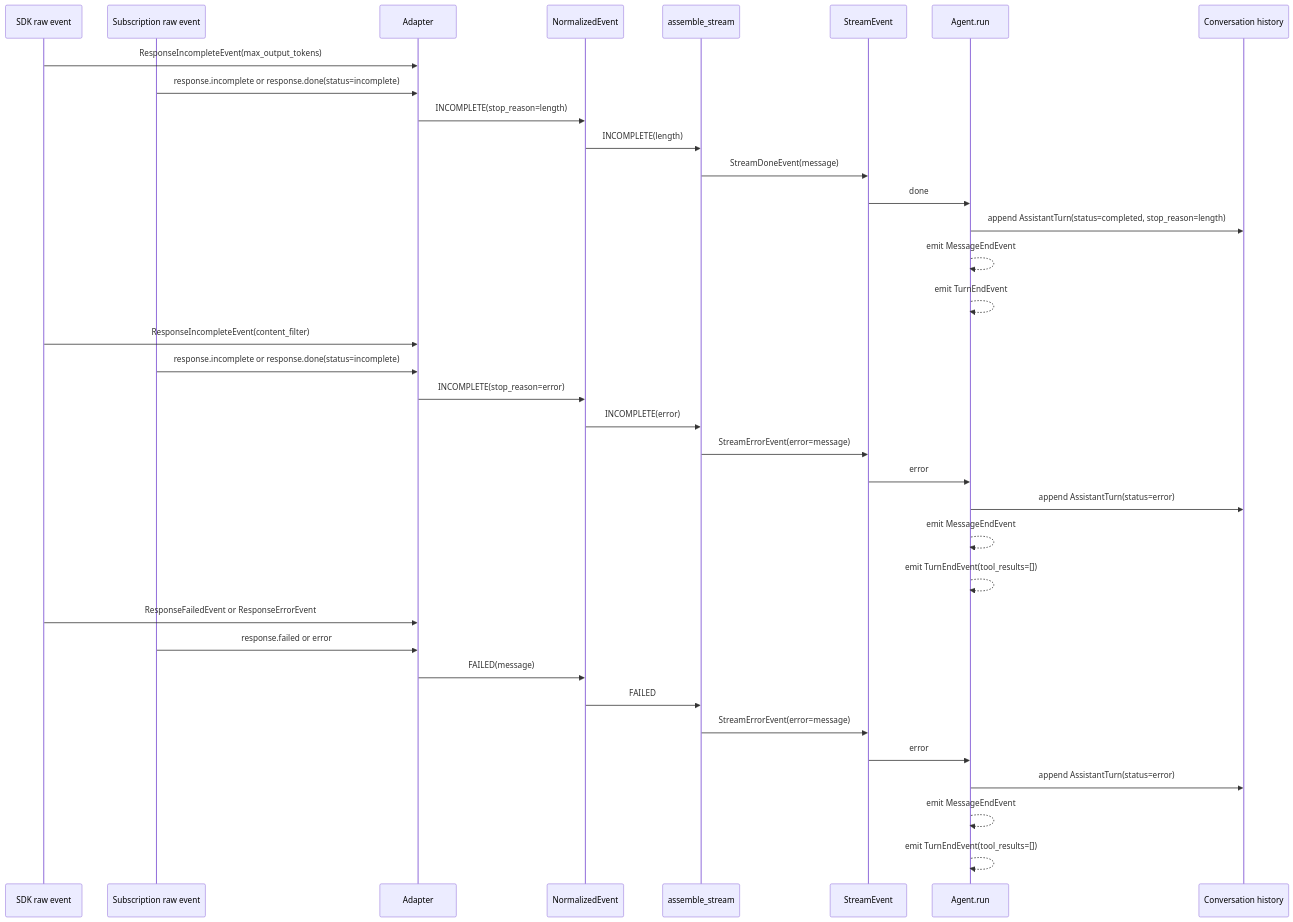
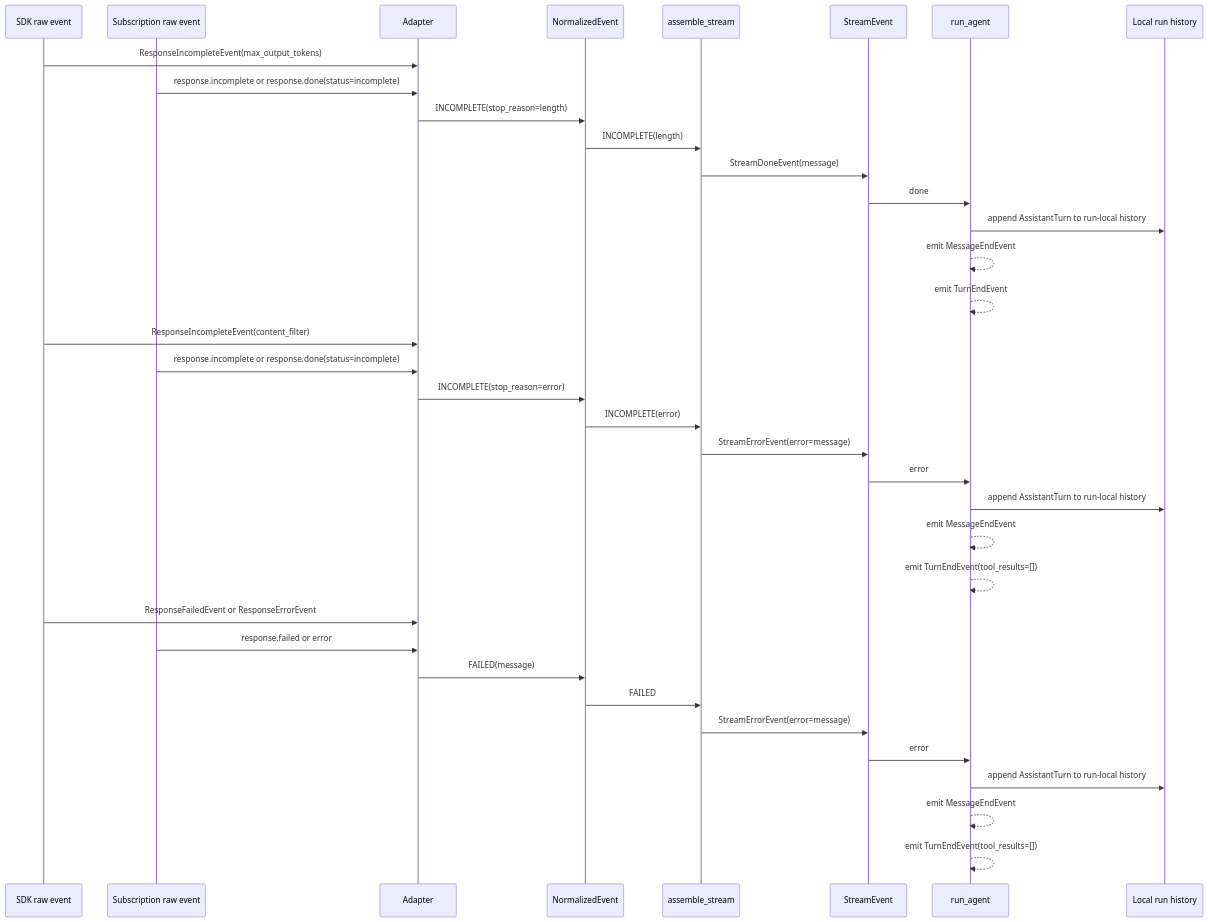
Before and after one commit to muneebshahid/tile: the eighth of 8 diagrams in docs/openai-stream-event-lifecycle.md, drawn with Mermaid. The commit also changed other lines of this file and 5 other files, not shown here.

````diff
--- a/docs/openai-stream-event-lifecycle.md
+++ b/docs/openai-stream-event-lifecycle.md
@@ -278,41 +278,41 @@
 ```mermaid
 sequenceDiagram
     participant SDK as SDK raw event
     participant Sub as Subscription raw event
     participant Adapter as Adapter
     participant Norm as NormalizedEvent
     participant Asm as assemble_stream
     participant Stream as StreamEvent
-    participant Agent as Agent.run
-    participant Hist as Conversation history
+    participant Agent as run_agent
+    participant Hist as Local run history
 
     SDK->>Adapter: ResponseIncompleteEvent(max_output_tokens)
     Sub->>Adapter: response.incomplete or response.done(status=incomplete)
     Adapter->>Norm: INCOMPLETE(stop_reason=length)
     Norm->>Asm: INCOMPLETE(length)
     Asm->>Stream: StreamDoneEvent(message)
     Stream->>Agent: done
-    Agent->>Hist: append AssistantTurn(status=completed, stop_reason=length)
+    Agent->>Hist: append AssistantTurn to run-local history
     Agent-->>Agent: emit MessageEndEvent
     Agent-->>Agent: emit TurnEndEvent
 
     SDK->>Adapter: ResponseIncompleteEvent(content_filter)
     Sub->>Adapter: response.incomplete or response.done(status=incomplete)
     Adapter->>Norm: INCOMPLETE(stop_reason=error)
     Norm->>Asm: INCOMPLETE(error)
     Asm->>Stream: StreamErrorEvent(error=message)
     Stream->>Agent: error
-    Agent->>Hist: append AssistantTurn(status=error)
+    Agent->>Hist: append AssistantTurn to run-local history
     Agent-->>Agent: emit MessageEndEvent
     Agent-->>Agent: emit TurnEndEvent(tool_results=[])
 
     SDK->>Adapter: ResponseFailedEvent or ResponseErrorEvent
     Sub->>Adapter: response.failed or error
     Adapter->>Norm: FAILED(message)
     Norm->>Asm: FAILED
     Asm->>Stream: StreamErrorEvent(error=message)
     Stream->>Agent: error
-    Agent->>Hist: append AssistantTurn(status=error)
+    Agent->>Hist: append AssistantTurn to run-local history
     Agent-->>Agent: emit MessageEndEvent
     Agent-->>Agent: emit TurnEndEvent(tool_results=[])
 ```
````
